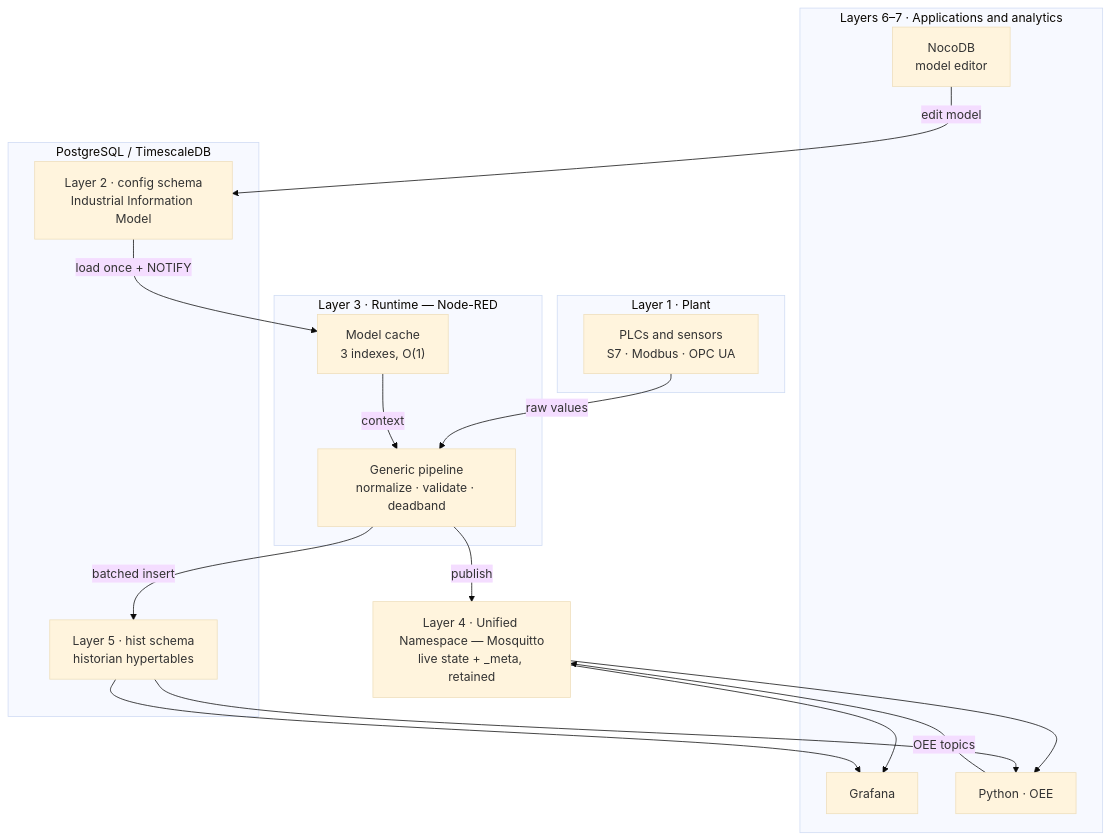
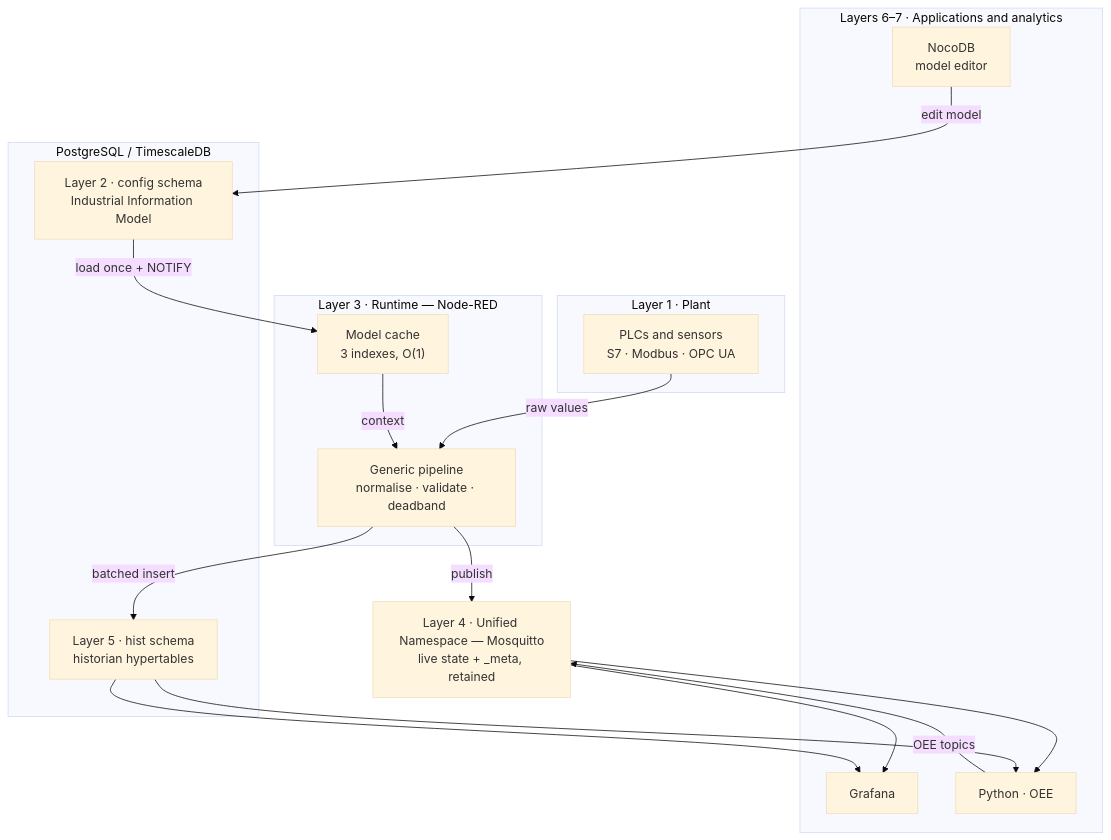
The first of 2 diagrams in docs/architecture-overview.md (jarosin69/ofm), drawn with Mermaid (base theme) before and after one commit. The commit also changed other lines of this file and 10 other files, not shown here.

Commit message:
v0.2 - Restructure into repo layout; add license, README, architecture diagrams

````diff
--- a/docs/architecture-overview.md
+++ b/docs/architecture-overview.md
@@ -95,31 +95,31 @@
 ```mermaid
 flowchart TB
   subgraph L1["Layer 1 · Plant"]
     PLC["PLCs and sensors<br/>S7 · Modbus · OPC UA"]
   end
   subgraph L3["Layer 3 · Runtime — Node-RED"]
-    PIPE["Generic pipeline<br/>normalize · validate · deadband"]
+    PIPE["Generic pipeline<br/>normalise · validate · deadband"]
     CACHE["Model cache<br/>3 indexes, O(1)"]
   end
   subgraph PG["PostgreSQL / TimescaleDB"]
     MODEL["Layer 2 · config schema<br/>Industrial Information Model"]
     HIST["Layer 5 · hist schema<br/>historian hypertables"]
   end
   MQTT["Layer 4 · Unified Namespace — Mosquitto<br/>live state + _meta, retained"]
   subgraph APPS["Layers 6–7 · Applications and analytics"]
     GRAF["Grafana"]
     PY["Python · OEE"]
     NOCO["NocoDB<br/>model editor"]
   end
   PLC -->|"raw values"| PIPE
   CACHE -->|"context"| PIPE
   MODEL -->|"load once + NOTIFY"| CACHE
   PIPE -->|"publish"| MQTT
   PIPE -->|"batched insert"| HIST
   MQTT --> GRAF
   MQTT --> PY
   HIST --> GRAF
   HIST --> PY
   NOCO -->|"edit model"| MODEL
   PY -->|"OEE topics"| MQTT
 ```
````
